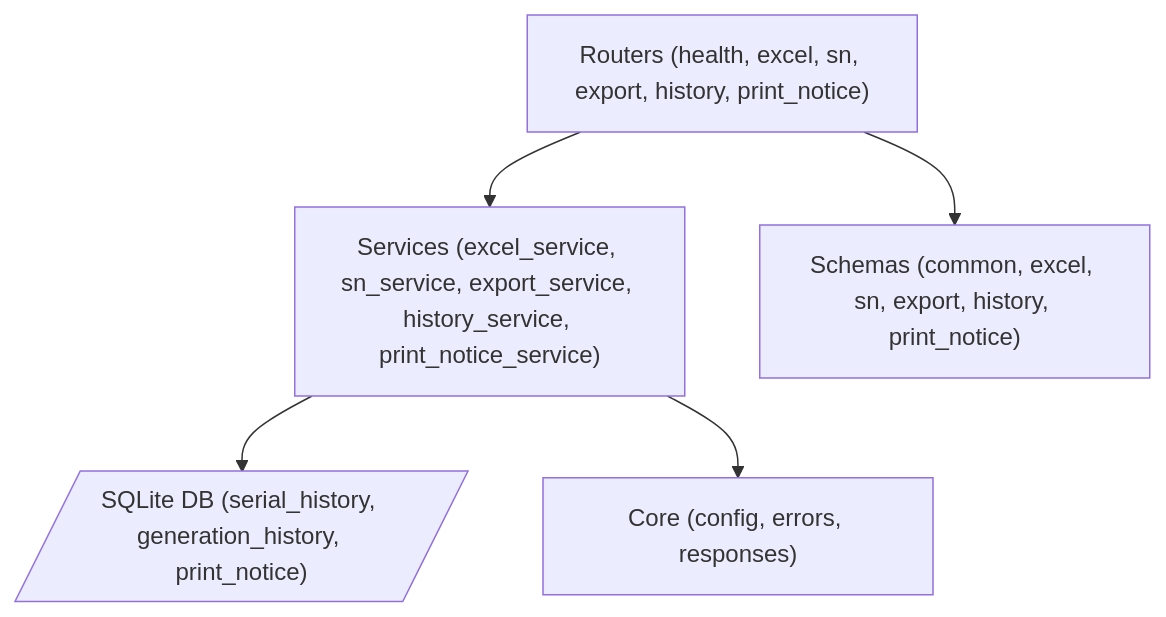
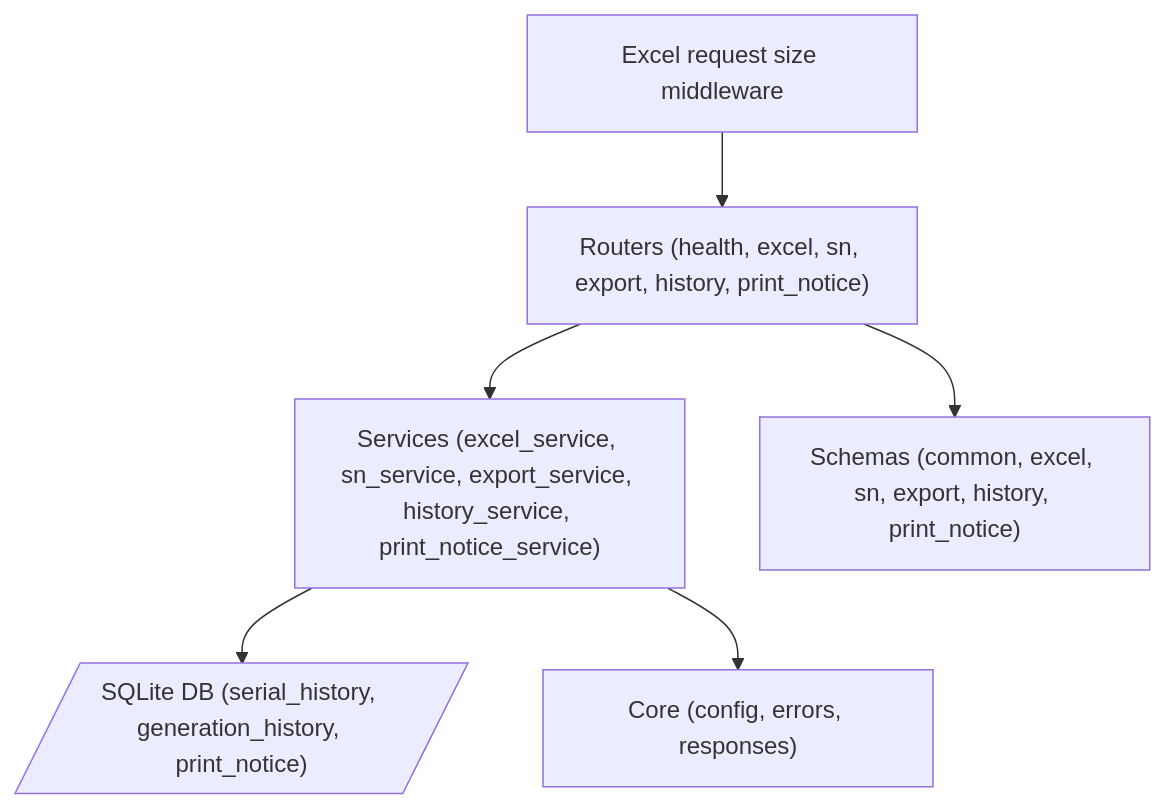
The diagram in doc/back-end map.md (jongkrystal808/serializing), drawn with Mermaid before and after one commit. The commit also changed other lines of this file and 16 other files, not shown here.

````diff
--- a/doc/back-end map.md
+++ b/doc/back-end map.md
@@ -10,7 +10,8 @@
 ```mermaid
 graph TD
+    UploadLimit["Excel request size middleware"] --> Routers
     Routers["Routers (health, excel, sn, export, history, print_notice)"] --> Services["Services (excel_service, sn_service, export_service, history_service, print_notice_service)"]
     Services --> DB[/"SQLite DB (serial_history, generation_history, print_notice)"/]
     Routers --> Schemas["Schemas (common, excel, sn, export, history, print_notice)"]
     Services --> Core["Core (config, errors, responses)"]
 ```
````
